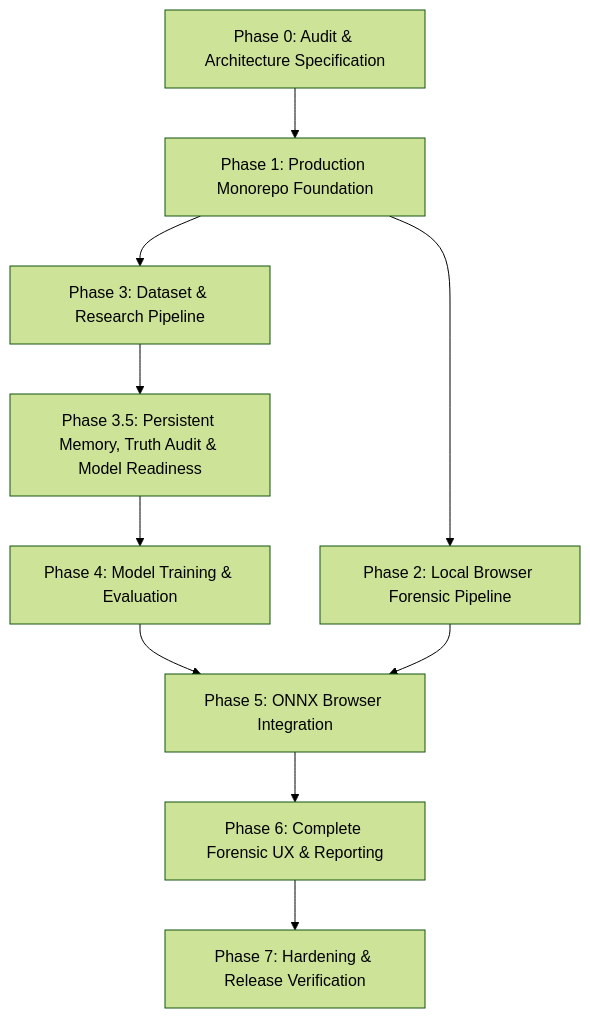
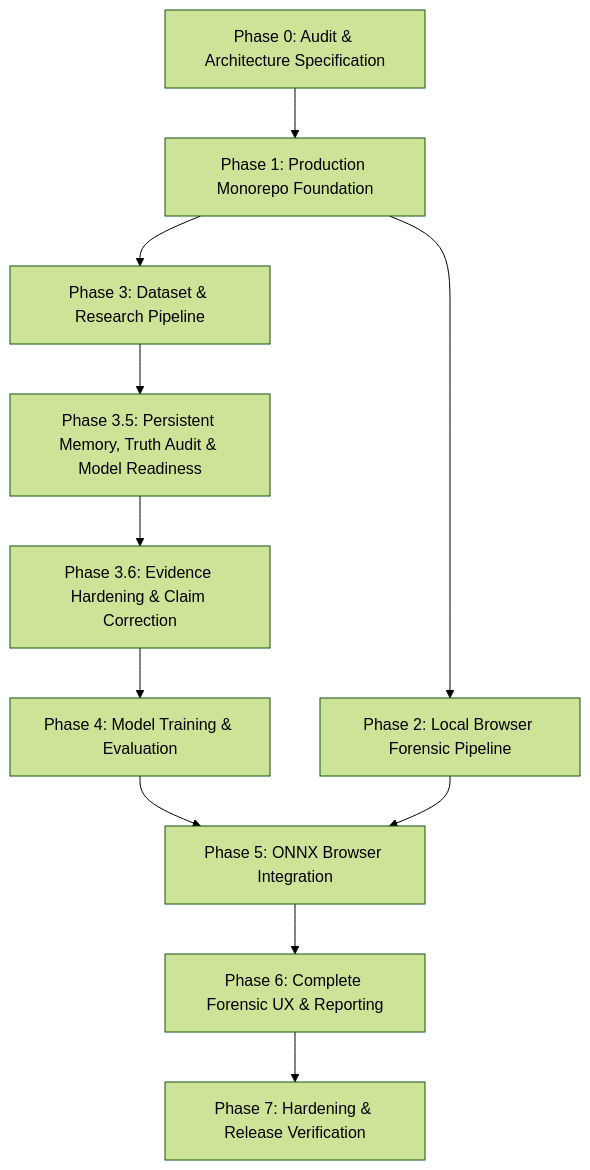
One commit to nomozer/forensics-web-lab changed the diagram in docs/BACKLOG.md. Above: the diagram before and after it, drawn with Mermaid (forest theme). The commit also changed other lines of this file and 17 other files, not shown here.

````diff
--- a/docs/BACKLOG.md
+++ b/docs/BACKLOG.md
@@ -5,12 +5,13 @@
 ```mermaid
 graph TD
   P0[Phase 0: Audit & Architecture Specification] --> P1[Phase 1: Production Monorepo Foundation]
   P1 --> P2[Phase 2: Local Browser Forensic Pipeline]
   P1 --> P3[Phase 3: Dataset & Research Pipeline]
   P3 --> P35[Phase 3.5: Persistent Memory, Truth Audit & Model Readiness]
-  P35 --> P4[Phase 4: Model Training & Evaluation]
+  P35 --> P36[Phase 3.6: Evidence Hardening & Claim Correction]
+  P36 --> P4[Phase 4: Model Training & Evaluation]
   P4 --> P5[Phase 5: ONNX Browser Integration]
   P2 --> P5
   P5 --> P6[Phase 6: Complete Forensic UX & Reporting]
   P6 --> P7[Phase 7: Hardening & Release Verification]
 ```
````
